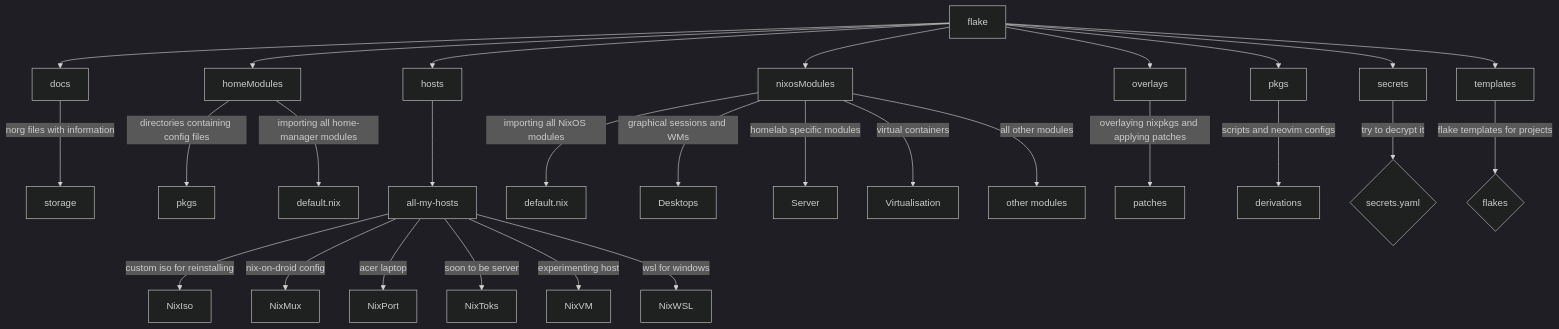
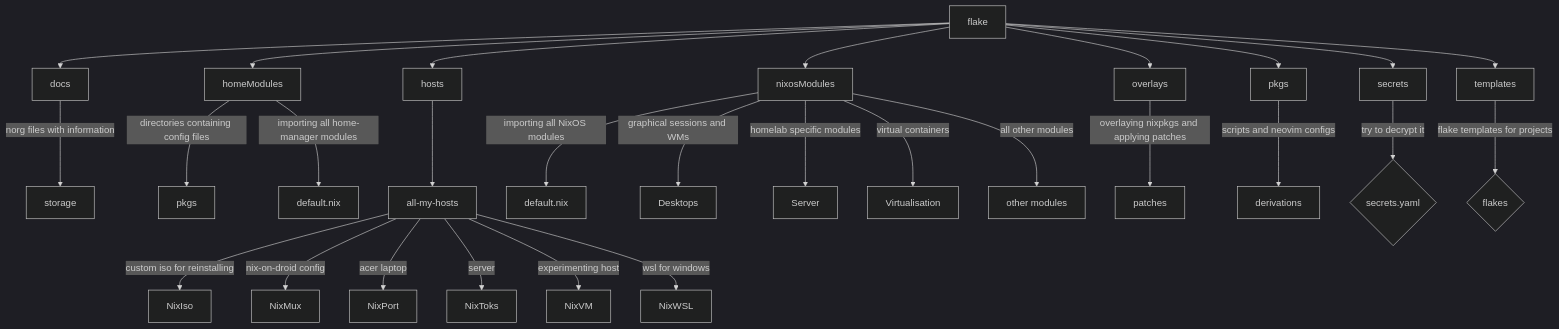
One commit to Ladas552/Nix-Is-Unbreakable changed the diagram in README.md. Above: the diagram before and after it, drawn with Mermaid (dark theme). The commit also changed other lines of this file, not shown here.

````diff
--- a/README.md
+++ b/README.md
@@ -47,31 +54,31 @@
 ```mermaid
 flowchart TD
     flake[flake] --> A[docs]
     flake --> C[homeModules]
     flake --> F[hosts]
     flake --> N[nixosModules]
     flake --> R[overlays]
     flake --> T[pkgs]
     flake --> V[secrets]
     flake --> Z[templates]
 
     A -->|norg files with information| B[storage]
     C -->|directories containing config files| D[pkgs]
     C -->|importing all home-manager modules| E[default.nix]
     F --> G[all-my-hosts]
     G -->|custom iso for reinstalling| H[NixIso]
     G -->|nix-on-droid config| I[NixMux]
     G -->|acer laptop| J[NixPort]
-    G -->|soon to be server| K[NixToks]
+    G -->|server| K[NixToks]
     G -->|experimenting host| L[NixVM]
     G -->|wsl for windows| M[NixWSL]
     N -->|importing all NixOS modules| O[default.nix]
     N -->|graphical sessions and WMs| P[Desktops]
     N -->|homelab specific modules| X[Server]
     N -->|virtual containers| Y[Virtualisation]
     N -->|all other modules| Q[other modules]
     R -->|overlaying nixpkgs and applying patches| S[patches]
     T -->|scripts and neovim configs| U[derivations]
     V -->|try to decrypt it| W{secrets.yaml}
     Z -->|flake templates for projects| ZZ{flakes}
 ```
````
